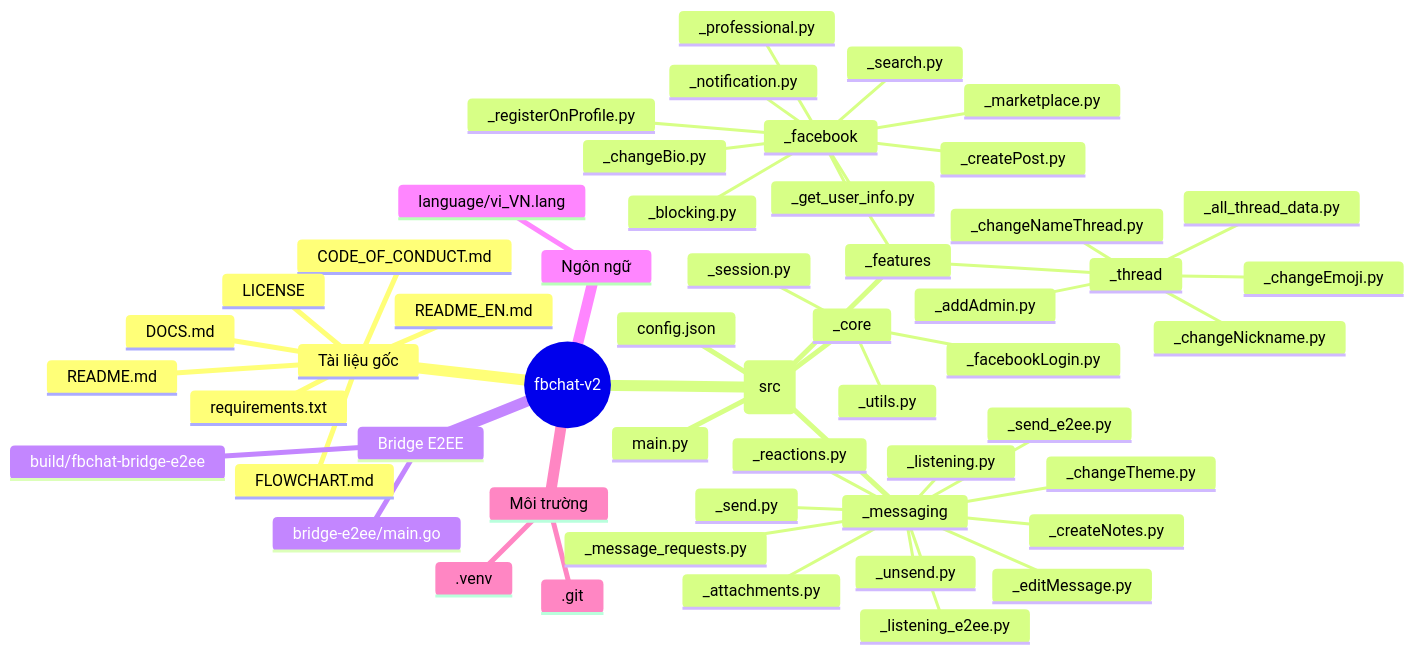
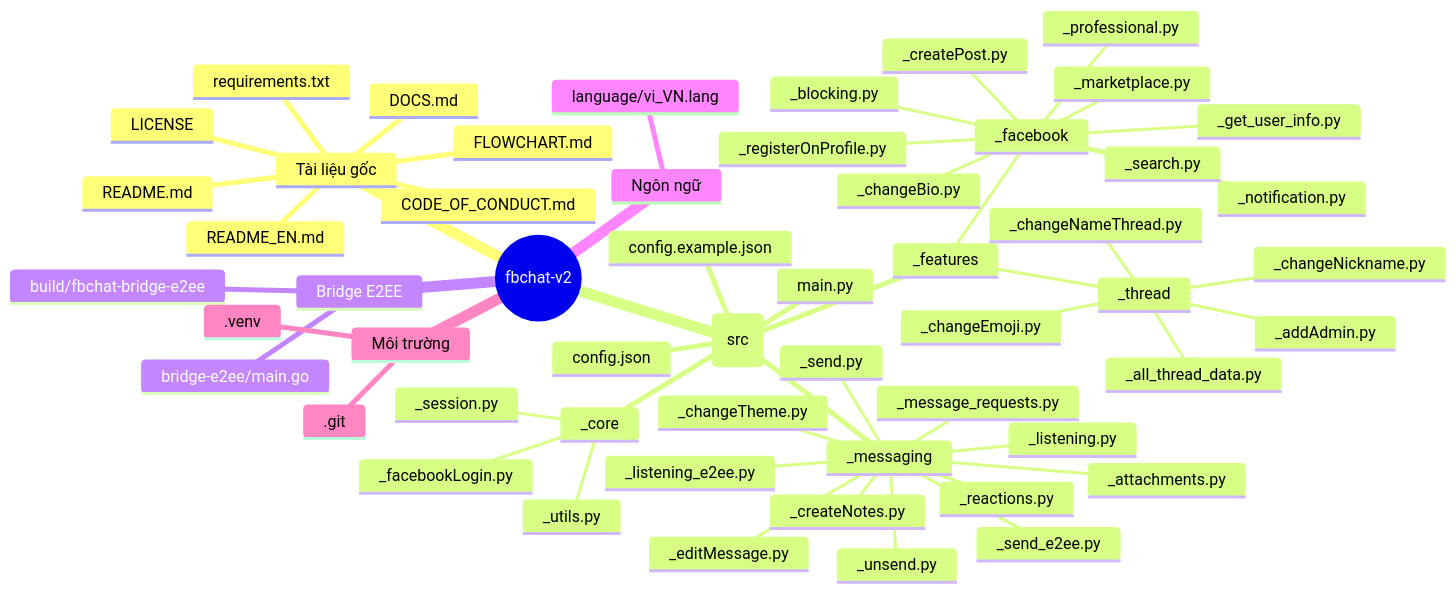
The second of 2 diagrams in README.md (m008v/fbchat-v2), drawn with Mermaid before and after one commit. The commit also changed other lines of this file and 12 other files, not shown here.

````diff
--- a/README.md
+++ b/README.md
@@ -176,56 +177,57 @@
 ```mermaid
 mindmap
   root((fbchat-v2))
     Tài liệu gốc
       README.md
       README_EN.md
       DOCS.md
       FLOWCHART.md
       CODE_OF_CONDUCT.md
       LICENSE
       requirements.txt
     Mã nguồn (src)
       main.py
+      config.example.json
       config.json
       _core
         _facebookLogin.py
         _session.py
         _utils.py
       _features
         _facebook
           _blocking.py
           _changeBio.py
           _createPost.py
           _get_user_info.py
           _marketplace.py
           _notification.py
           _professional.py
           _registerOnProfile.py
           _search.py
         _thread
           _addAdmin.py
           _all_thread_data.py
           _changeEmoji.py
           _changeNameThread.py
           _changeNickname.py
       _messaging
         _attachments.py
         _changeTheme.py
         _createNotes.py
         _editMessage.py
         _listening.py
         _listening_e2ee.py
         _message_requests.py
         _reactions.py
         _send.py
         _send_e2ee.py
         _unsend.py
     Bridge E2EE
       bridge-e2ee/main.go
       build/fbchat-bridge-e2ee
     Ngôn ngữ
       language/vi_VN.lang
     Môi trường
       .venv
       .git
 ```
````
